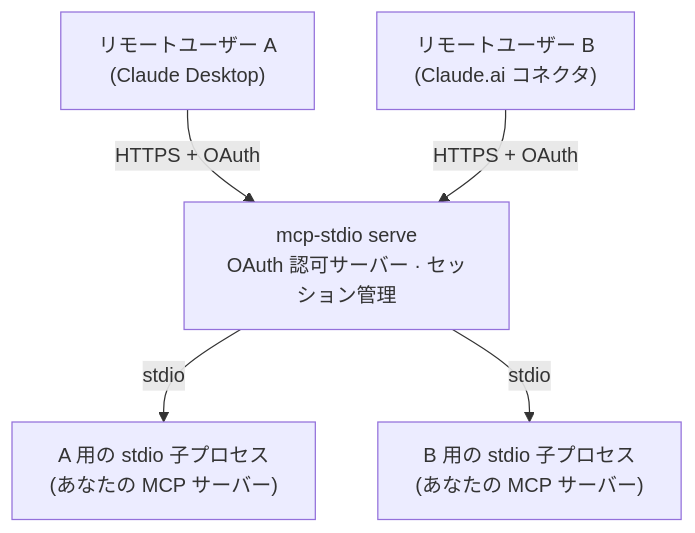
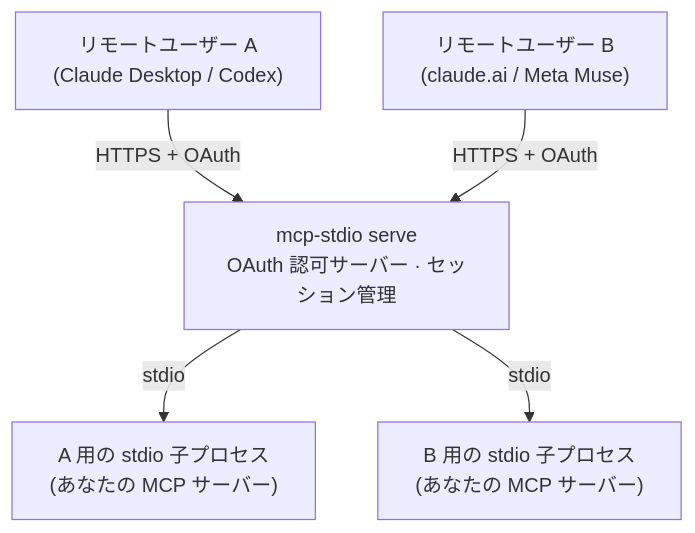
Before and after one commit to shigechika/mcp-stdio: the second of 3 diagrams in docs/modes.ja.md, drawn with Mermaid. The commit also changed other lines of this file and 11 other files, not shown here.

First line of the commit message:
docs: show mcp-stdio works with non-Claude MCP clients (Codex, Meta Muse) (#482)

````diff
--- a/docs/modes.ja.md
+++ b/docs/modes.ja.md
@@ -62,12 +62,12 @@
 ```mermaid
 graph TD
-    A1["リモートユーザー A<br/>(Claude Desktop)"]
-    A2["リモートユーザー B<br/>(Claude.ai コネクタ)"]
+    A1["リモートユーザー A<br/>(Claude Desktop / Codex)"]
+    A2["リモートユーザー B<br/>(claude.ai / Meta Muse)"]
     B["mcp-stdio serve<br/>OAuth 認可サーバー · セッション管理"]
     C1["A 用の stdio 子プロセス<br/>(あなたの MCP サーバー)"]
     C2["B 用の stdio 子プロセス<br/>(あなたの MCP サーバー)"]
     A1 -- "HTTPS + OAuth" --> B
     A2 -- "HTTPS + OAuth" --> B
     B -- "stdio" --> C1
     B -- "stdio" --> C2
 ```
````
